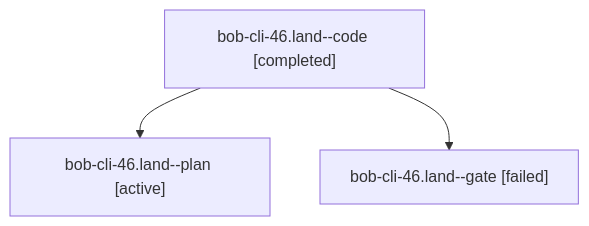
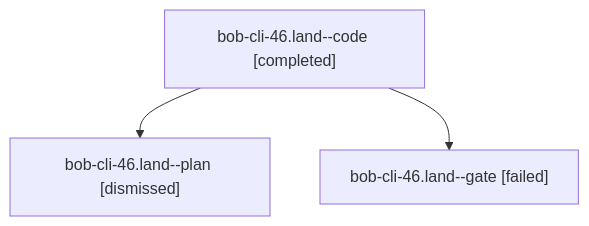
Before and after one commit to bobs-org/bob-cli--agents: the diagram in sessions/bbugyi200.apollo.bob-cli-46.land.md, drawn with Mermaid. The commit also changed other lines of this file and 71 other files, not shown here.

````diff
--- a/sessions/bbugyi200.apollo.bob-cli-46.land.md
+++ b/sessions/bbugyi200.apollo.bob-cli-46.land.md
@@ -9,8 +9,8 @@
 ```mermaid
 flowchart TD
   n0["bob-cli-46.land--code [completed]"]
-  n1["bob-cli-46.land--plan [active]"]
+  n1["bob-cli-46.land--plan [dismissed]"]
   n0 --> n1
   n2["bob-cli-46.land--gate [failed]"]
   n0 --> n2
 ```
````
